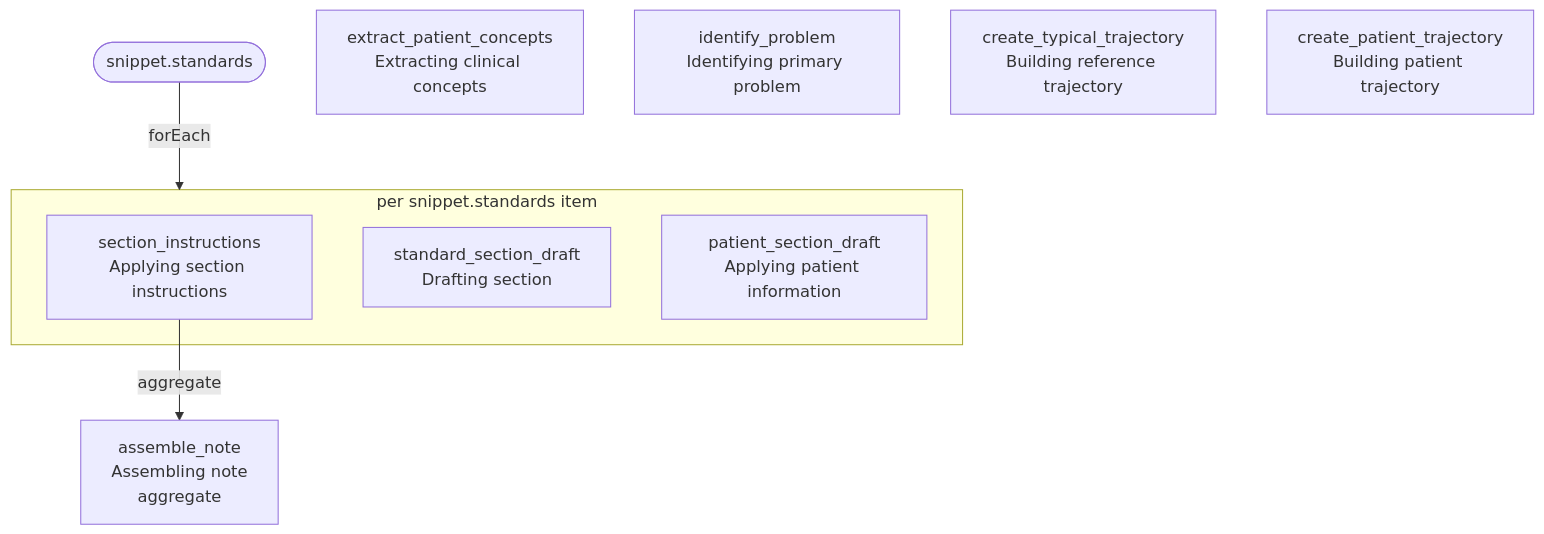
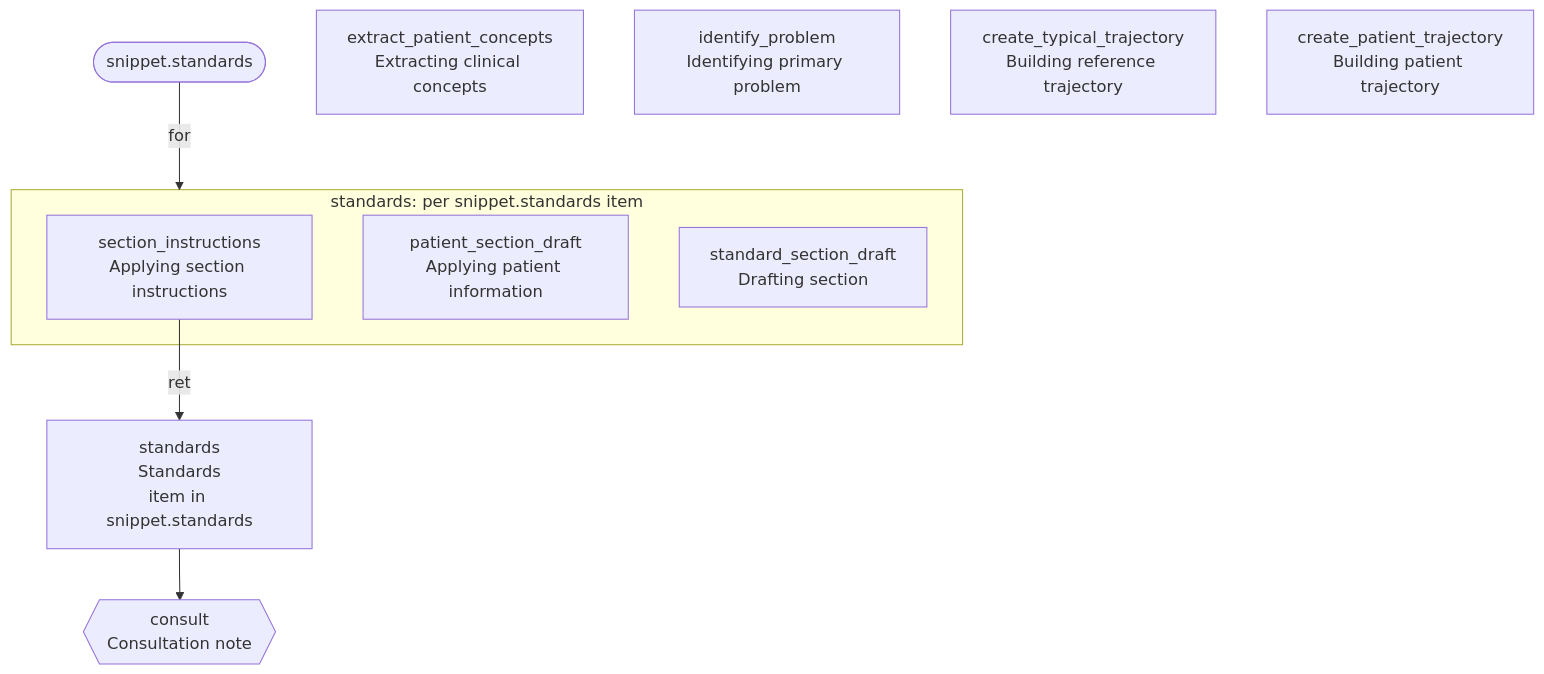
The diagram in packages/general/dag.mmd (Consultologist/consultologist-workflows), drawn with Mermaid before and after one commit. The commit also changed 18 other files, not shown here.

```diff
--- a/packages/general/dag.mmd
+++ b/packages/general/dag.mmd
@@ -1,16 +1,19 @@
 flowchart TD
     snippet_standards(["snippet.standards"])
 
     extract_patient_concepts["extract_patient_concepts<br/>Extracting clinical concepts"]
     identify_problem["identify_problem<br/>Identifying primary problem"]
     create_typical_trajectory["create_typical_trajectory<br/>Building reference trajectory"]
     create_patient_trajectory["create_patient_trajectory<br/>Building patient trajectory"]
-    assemble_note["assemble_note<br/>Assembling note<br/>aggregate"]
-    section_instructions -->|"aggregate"| assemble_note
 
-    snippet_standards -->|"forEach"| foreach_snippet_standards
-    subgraph foreach_snippet_standards["per snippet.standards item"]
+    snippet_standards -->|"for"| for_standards
+    subgraph for_standards["standards: per snippet.standards item"]
+        section_instructions["section_instructions<br/>Applying section instructions"]
+        patient_section_draft["patient_section_draft<br/>Applying patient information"]
         standard_section_draft["standard_section_draft<br/>Drafting section"]
-        patient_section_draft["patient_section_draft<br/>Applying patient information"]
-        section_instructions["section_instructions<br/>Applying section instructions"]
     end
+    standards["standards<br/>Standards<br/>item in snippet.standards"]
+    section_instructions -->|"ret"| standards
+
+    result_consult{{"consult<br/>Consultation note"}}
+    standards --> result_consult
```
